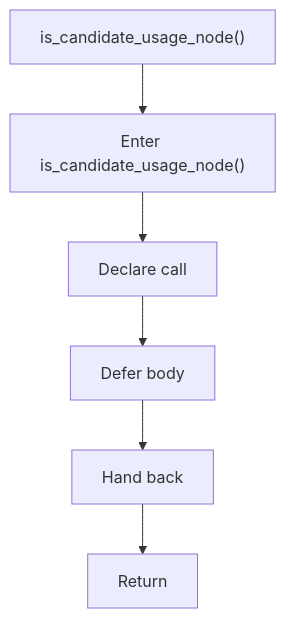
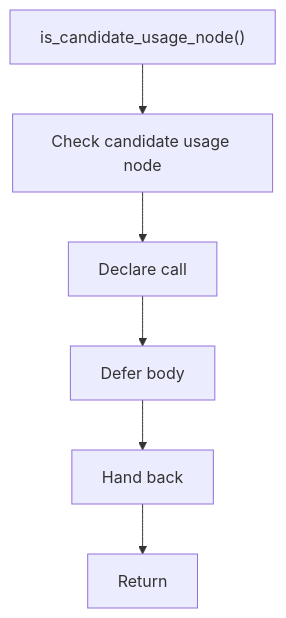
Before and after one commit to JohnAndrewBalbarosa/NeoTerritory: the diagram in docs/Codebase/Microservice/Modules/Header/SyntacticBrokenAST/Analysis/ImplementationUse/Resolution/Symbols/Internal/Flow/functions/is_candidate_usage_node.hpp.md, drawn with Mermaid. The commit also changed other lines of this file and 915 other files, not shown here.

````diff
--- a/docs/Codebase/Microservice/Modules/Header/SyntacticBrokenAST/Analysis/ImplementationUse/Resolution/Symbols/Internal/Flow/functions/is_candidate_usage_node.hpp.md
+++ b/docs/Codebase/Microservice/Modules/Header/SyntacticBrokenAST/Analysis/ImplementationUse/Resolution/Symbols/Internal/Flow/functions/is_candidate_usage_node.hpp.md
@@ -16,14 +16,14 @@
 ```mermaid
 flowchart TD
     Start["is_candidate_usage_node()"]
-    N0["Enter is_candidate_usage_node()"]
+    N0["Check candidate usage node"]
     N1["Declare call"]
     N2["Defer body"]
     N3["Hand back"]
     End["Return"]
     Start --> N0
     N0 --> N1
     N1 --> N2
     N2 --> N3
     N3 --> End
 ```
````
